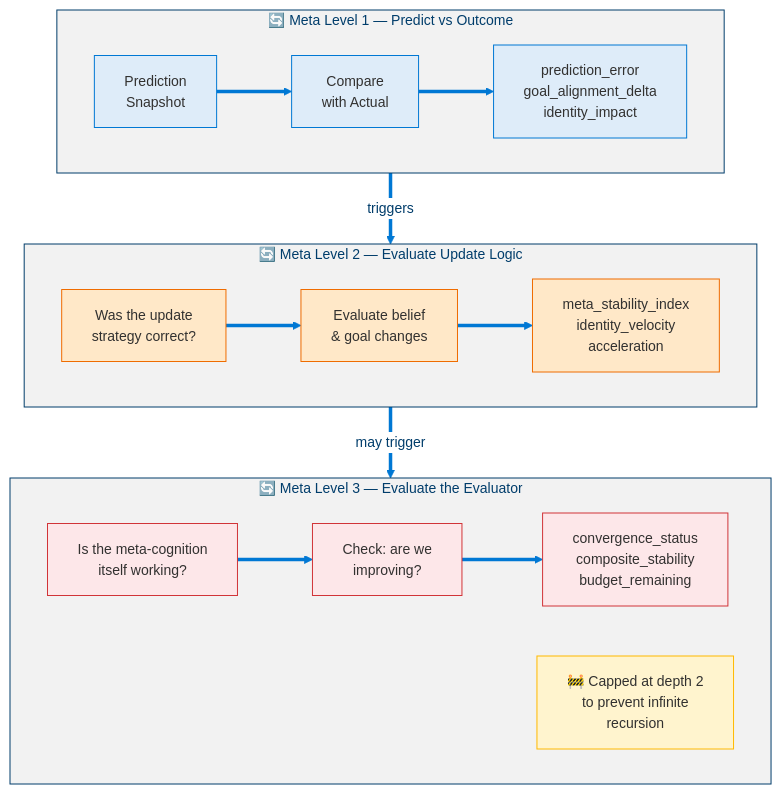
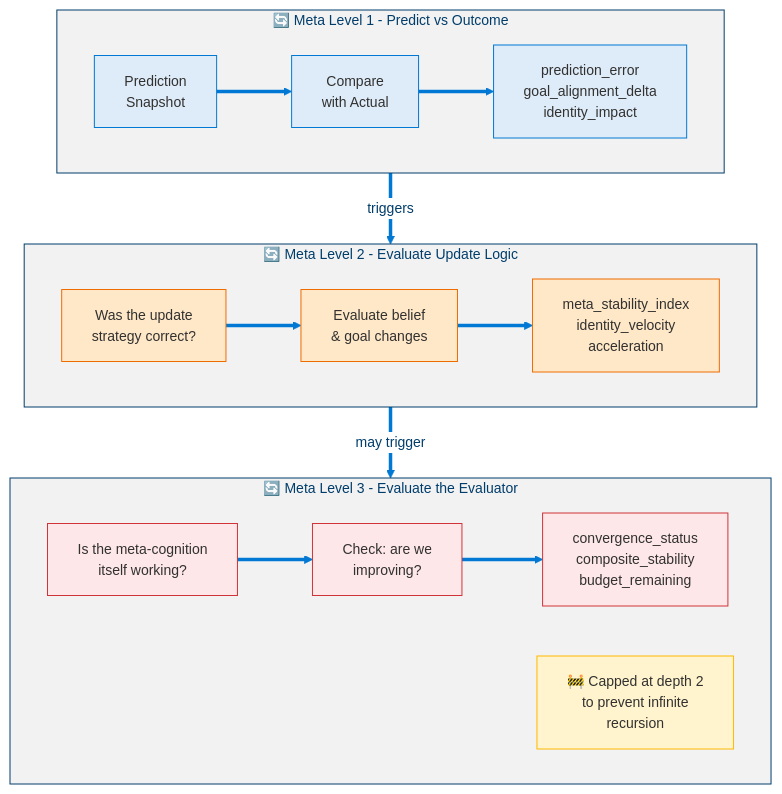
The eighth of 19 diagrams in docs/levels/Level_3_Self_Regulating_Agent.md (dotnetpower/mscp), drawn with Mermaid before and after one commit. The commit also changed other lines of this file and 26 other files, not shown here.

````diff
--- a/docs/levels/Level_3_Self_Regulating_Agent.md
+++ b/docs/levels/Level_3_Self_Regulating_Agent.md
@@ -532,36 +532,36 @@
 ```mermaid
 %%{init: {'theme': 'base', 'themeVariables': {'primaryColor': '#0078D4', 'primaryTextColor': '#003D6B', 'primaryBorderColor': '#003D6B', 'secondaryColor': '#50E6FF', 'secondaryTextColor': '#323130', 'secondaryBorderColor': '#00BCF2', 'tertiaryColor': '#F2F2F2', 'tertiaryTextColor': '#323130', 'lineColor': '#0078D4', 'textColor': '#323130', 'mainBkg': '#DEECF9', 'nodeBorder': '#0078D4', 'clusterBkg': '#F2F2F2', 'clusterBorder': '#003D6B', 'titleColor': '#003D6B', 'edgeLabelBackground': '#FFFFFF', 'fontSize': '14px'}}}%%
 flowchart TD
   classDef level1 fill:#DEECF9,stroke:#0078D4,color:#323130
   classDef level2 fill:#FFE8C8,stroke:#EF6C00,color:#323130
   classDef level3 fill:#FDE7E9,stroke:#D13438,color:#323130
   classDef warning fill:#FFF4CE,stroke:#FFB900,color:#323130
 
-  subgraph MetaL1["🔄 Meta Level 1 — Predict vs Outcome"]
+  subgraph MetaL1["🔄 Meta Level 1 - Predict vs Outcome"]
     P1["Prediction<br/>Snapshot"]:::level1
     C1["Compare<br/>with Actual"]:::level1
     D1["prediction_error<br/>goal_alignment_delta<br/>identity_impact"]:::level1
     P1 ==> C1
     C1 ==> D1
   end
 
-  subgraph MetaL2["🔄 Meta Level 2 — Evaluate Update Logic"]
+  subgraph MetaL2["🔄 Meta Level 2 - Evaluate Update Logic"]
     P2["Was the update<br/>strategy correct?"]:::level2
     C2["Evaluate belief<br/>& goal changes"]:::level2
     D2["meta_stability_index<br/>identity_velocity<br/>acceleration"]:::level2
     P2 ==> C2
     C2 ==> D2
   end
 
-  subgraph MetaL3["🔄 Meta Level 3 — Evaluate the Evaluator"]
+  subgraph MetaL3["🔄 Meta Level 3 - Evaluate the Evaluator"]
     P3["Is the meta-cognition<br/>itself working?"]:::level3
     C3["Check: are we<br/>improving?"]:::level3
     D3["convergence_status<br/>composite_stability<br/>budget_remaining"]:::level3
     NOTE3["🚧 Capped at depth 2<br/>to prevent infinite<br/>recursion"]:::warning
     P3 ==> C3
     C3 ==> D3
   end
 
   MetaL1 ==>|triggers| MetaL2
   MetaL2 ==>|may trigger| MetaL3
 ```
````
